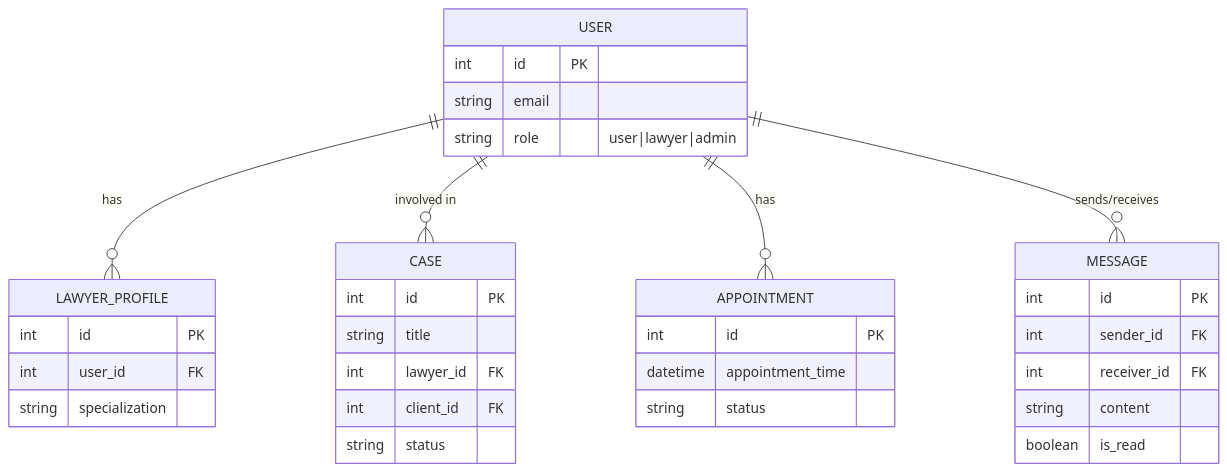
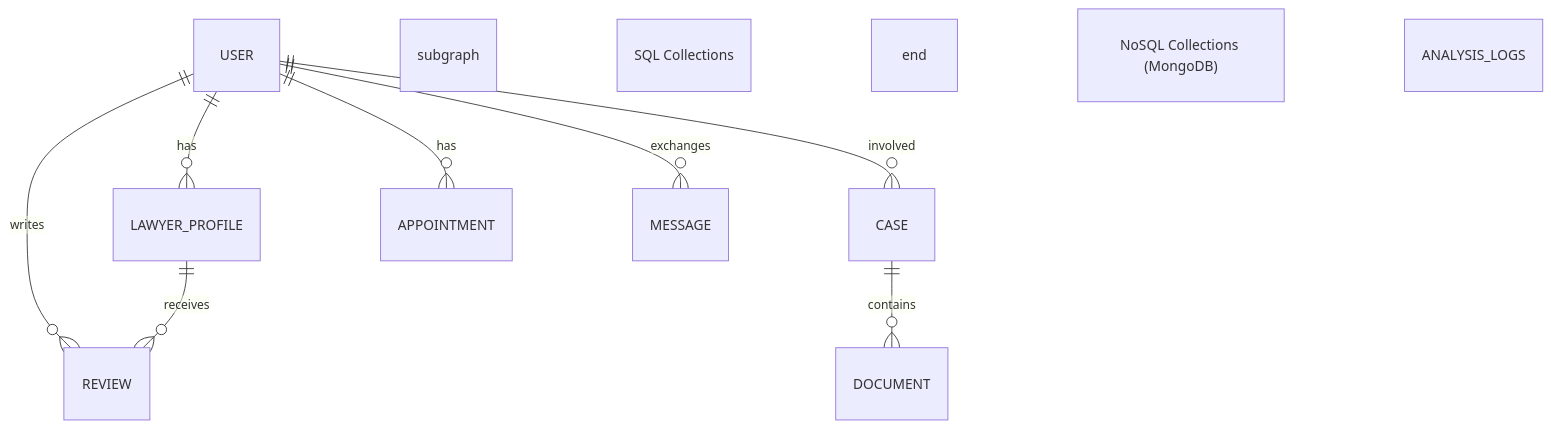
Before and after one commit to quantumNexus0/ai_legal_ecosystem: the third of 9 diagrams in README.md, drawn with Mermaid. The commit also changed other lines of this file and 40 other files, not shown here.

````diff
--- a/README.md
+++ b/README.md
@@ -258,41 +219,25 @@
 ```mermaid
 erDiagram
     USER ||--o{ LAWYER_PROFILE : has
-    USER ||--o{ CASE : "involved in"
-    USER ||--o{ APPOINTMENT : "has"
-    USER ||--o{ MESSAGE : "sends/receives"
-
-    USER {
-        int id PK
-        string email
-        string role "user|lawyer|admin"
-    }
-
-    LAWYER_PROFILE {
-        int id PK
-        int user_id FK
-        string specialization
-    }
-
-    CASE {
-        int id PK
-        string title
-        int lawyer_id FK
-        int client_id FK
-        string status
-    }
-
-    APPOINTMENT {
-        int id PK
-        datetime appointment_time
-        string status
-    }
-
-    MESSAGE {
-        int id PK
-        int sender_id FK
-        int receiver_id FK
-        string content
-        boolean is_read
-    }
+    USER ||--o{ CASE : involved
+    USER ||--o{ APPOINTMENT : has
+    USER ||--o{ MESSAGE : exchanges
+    USER ||--o{ REVIEW : writes
+    
+    LAWYER_PROFILE ||--o{ REVIEW : receives
+    CASE ||--o{ DOCUMENT : contains
+    
+    subgraph "SQL Collections"
+        USER
+        LAWYER_PROFILE
+        CASE
+        APPOINTMENT
+        MESSAGE
+    end
+    
+    subgraph "NoSQL Collections (MongoDB)"
+        REVIEW
+        DOCUMENT
+        ANALYSIS_LOGS
+    end
 ```
````
